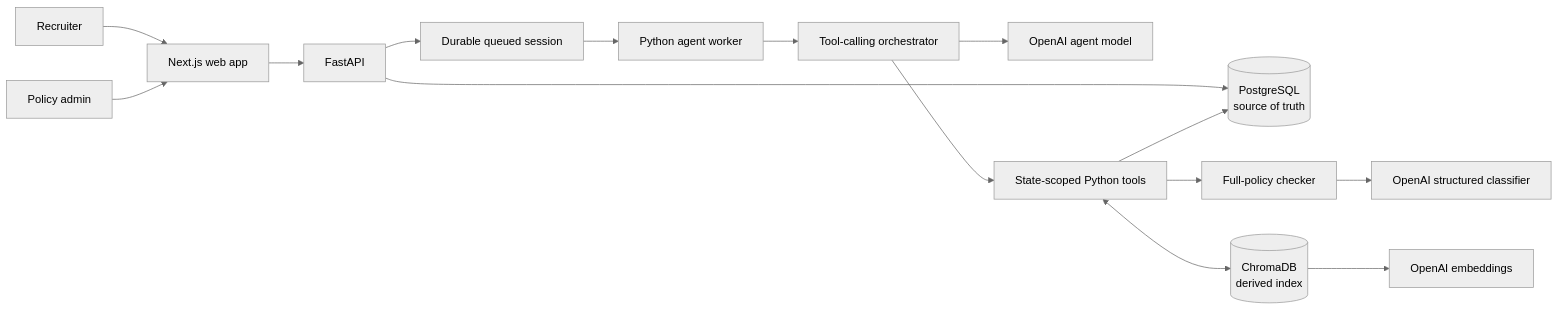
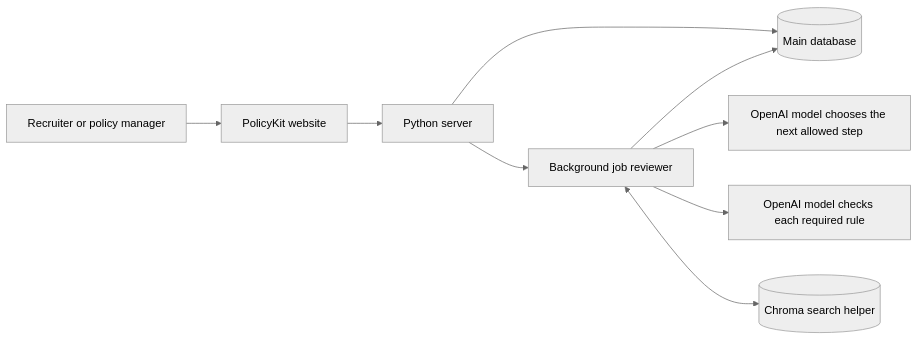
The diagram in README.md (Ee-Hsin/policyKit), drawn with Mermaid (neutral theme) before and after one commit. The commit also changed other lines of this file and 3 other files, not shown here.

Commit message:
simplify PolicyKit documentation

````diff
--- a/README.md
+++ b/README.md
@@ -32,17 +62,11 @@
 ```mermaid
 flowchart LR
-    recruiter["Recruiter"] --> web["Next.js web app"]
-    admin["Policy admin"] --> web
-    web --> api["FastAPI"]
-    api --> db[("PostgreSQL\nsource of truth")]
-    api --> queue["Durable queued session"]
-    queue --> worker["Python agent worker"]
-    worker --> agent["Tool-calling orchestrator"]
-    agent --> orchestrator["OpenAI agent model"]
-    agent --> tools["State-scoped Python tools"]
-    tools --> checker["Full-policy checker"]
-    checker --> classifier["OpenAI structured classifier"]
-    tools --> db
-    tools <--> chroma[("ChromaDB\nderived index")]
-    chroma --> embeddings["OpenAI embeddings"]
+    person["Recruiter or policy manager"] --> website["PolicyKit website"]
+    website --> server["Python server"]
+    server --> database[("Main database")]
+    server --> background["Background job reviewer"]
+    background --> model["OpenAI model chooses the next allowed step"]
+    background --> check["OpenAI model checks each required rule"]
+    background --> database
+    background <--> search[("Chroma search helper")]
 ```
````
